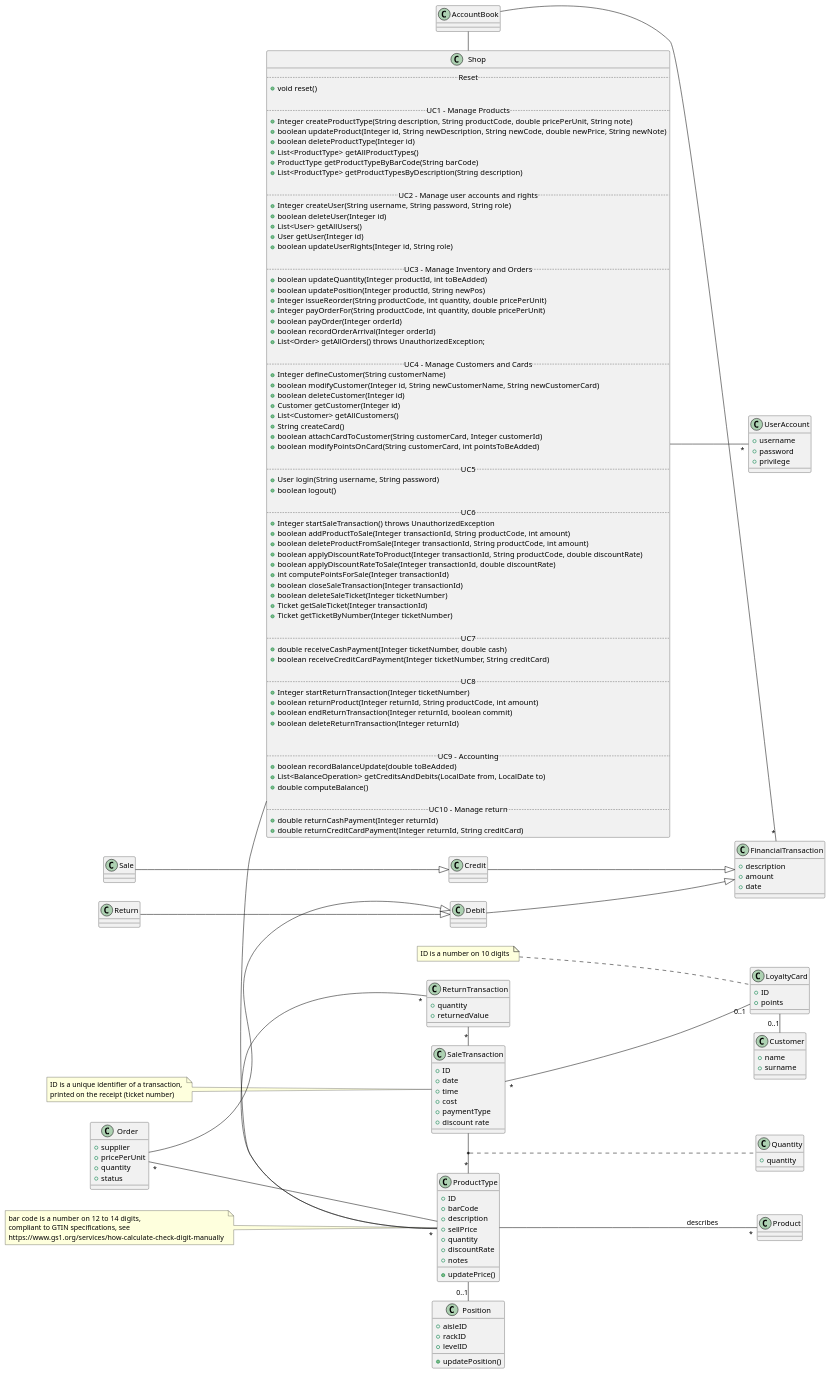
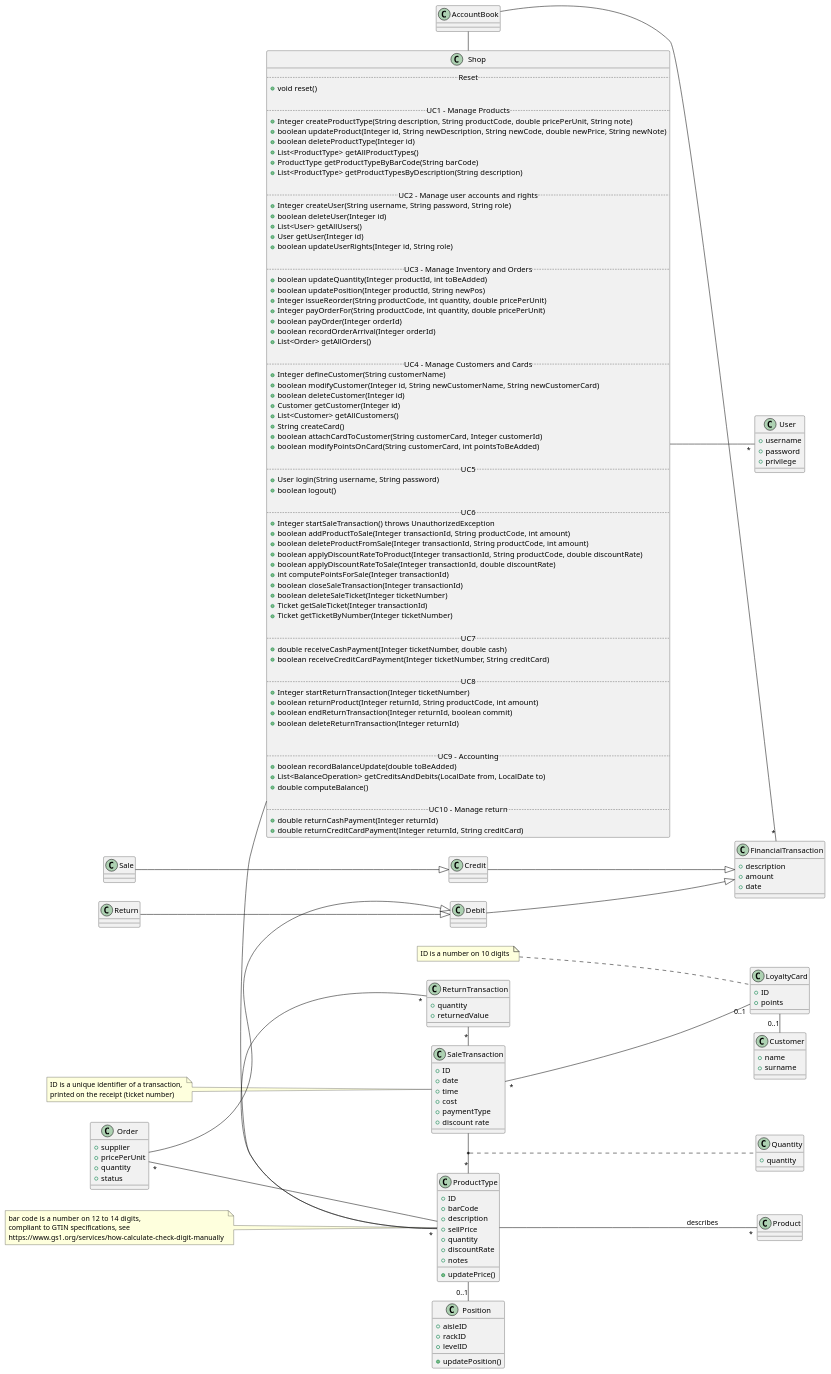
Before and after one commit to Stormz4/group20-EzShop: the second of 12 diagrams in Deliverables/DesignDocument.md, drawn with PlantUML. The commit also changed other lines of this file, not shown here.

Commit message:
Docs: Design Doc - Add Readers (Package Diagram + Class Diagram), fixed Seq Diag for UC7

```diff
--- a/Deliverables/DesignDocument.md
+++ b/Deliverables/DesignDocument.md
@@ -77,7 +78,7 @@
     +Integer payOrderFor(String productCode, int quantity, double pricePerUnit)
     +boolean payOrder(Integer orderId)
     +boolean recordOrderArrival(Integer orderId)
-    +List<Order> getAllOrders() throws UnauthorizedException;
+    +List<Order> getAllOrders()
     
     .. UC4 - Manage Customers and Cards ..
     +Integer defineCustomer(String customerName)
@@ -126,13 +127,13 @@
     +double returnCreditCardPayment(Integer returnId, String creditCard)
 }
 
-class UserAccount{
+class User{
     +username
     +password
     +privilege
 }
 
-Shop -- "*" UserAccount
+Shop -- "*" User
 
 class AccountBook 
 AccountBook - Shop
```
